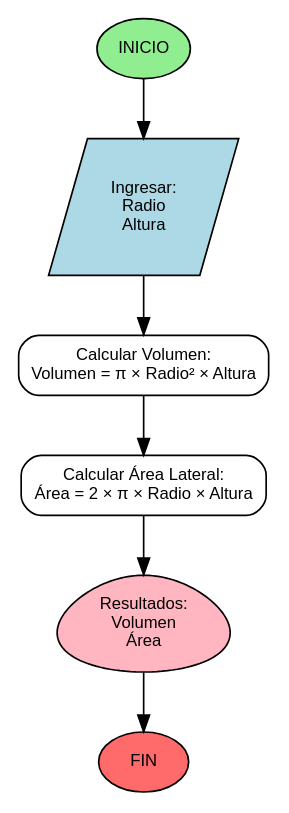
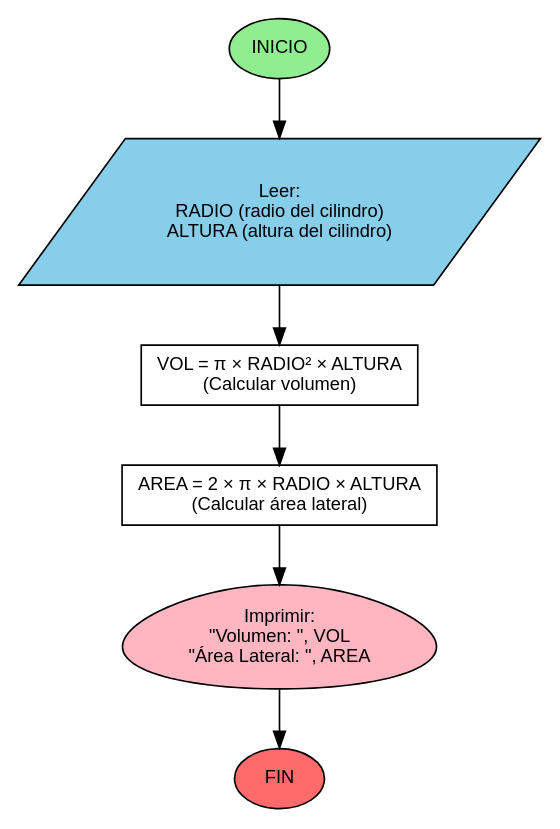
Before and after one commit to RosarioReyesMtz/java-tutor-tics: the diagram in Diagramas/diagrama_1_5.dot, drawn with Graphviz. The commit also changed 40 other files, not shown here.

```diff
--- a/Diagramas/diagrama_1_5.dot
+++ b/Diagramas/diagrama_1_5.dot
@@ -1,31 +1,30 @@
-
 digraph problema_1_5 {
     // Configuración general
     rankdir=TB;
-    node [fontname="Arial", fontsize=10];
+    node [fontname="Arial", fontsize=11];
     
     // Inicio
     inicio [label="INICIO", shape=ellipse, style=filled, fillcolor="#90EE90"];
     
     // Entrada de datos
-    leer [label="Ingresar:\nRadio\nAltura", shape=parallelogram, style=filled, fillcolor="#ADD8E6"];
+    entrada [label="Leer:\nRADIO (radio del cilindro)\nALTURA (altura del cilindro)", shape=parallelogram, style=filled, fillcolor="#87CEEB"];
     
-    // Proceso: Calcular Volumen
-    calc_vol [label="Calcular Volumen:\nVolumen = π × Radio² × Altura", shape=box, style=rounded];
+    // Cálculo del volumen
+    calc_vol [label="VOL = π × RADIO² × ALTURA\n(Calcular volumen)", shape=box];
     
-    // Proceso: Calcular Área
-    calc_area [label="Calcular Área Lateral:\nÁrea = 2 × π × Radio × Altura", shape=box, style=rounded];
+    // Cálculo del área lateral
+    calc_area [label="AREA = 2 × π × RADIO × ALTURA\n(Calcular área lateral)", shape=box];
     
     // Salida de resultados
-    salida [label="Resultados:\nVolumen\nÁrea", shape=egg, style=filled, fillcolor="#FFB6C1"];
+    salida [label="Imprimir:\n\"Volumen: \", VOL\n\"Área Lateral: \", AREA", shape=egg, style=filled, fillcolor="#FFB6C1"];
     
     // Fin
     fin [label="FIN", shape=ellipse, style=filled, fillcolor="#FF6B6B"];
     
     // Conexiones
-    inicio -> leer;
-    leer -> calc_vol;
+    inicio -> entrada;
+    entrada -> calc_vol;
     calc_vol -> calc_area;
     calc_area -> salida;
     salida -> fin;
 }
```
